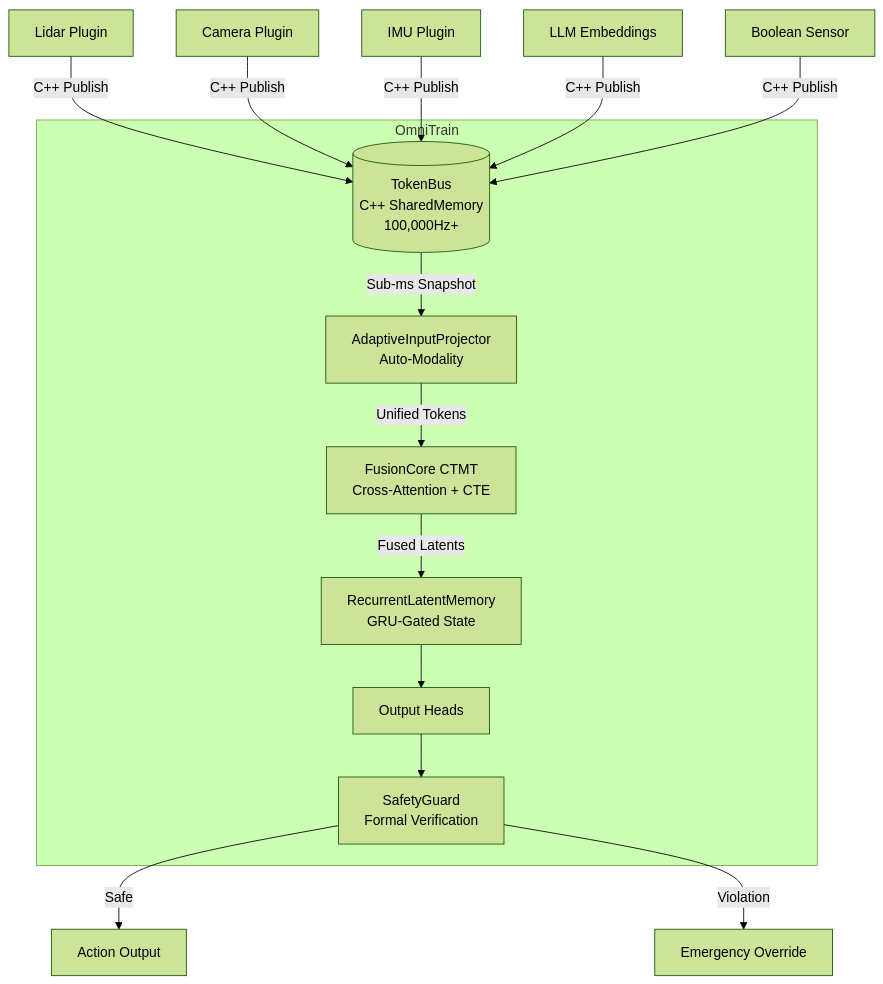
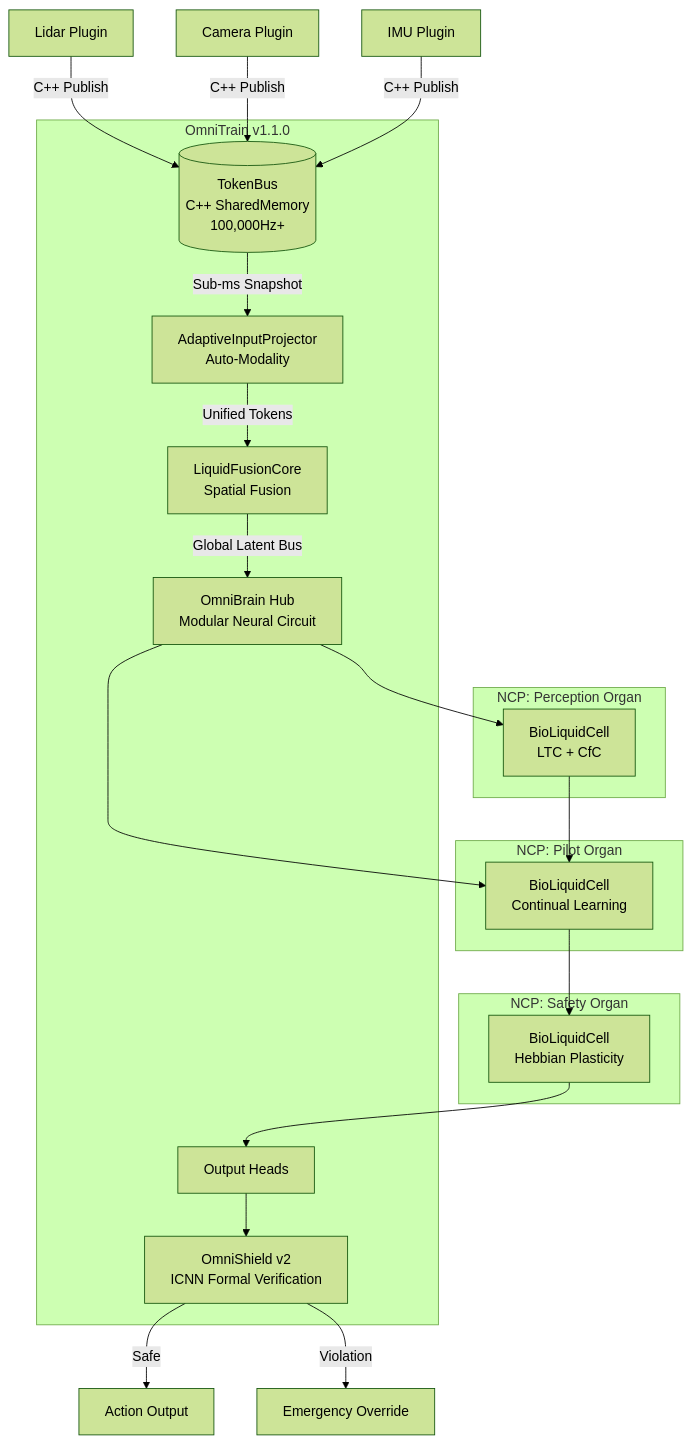
The diagram in docs/DETAILS.md (Mrmyms/Omnitrain), drawn with Mermaid (forest theme) before and after one commit. The commit also changed other lines of this file and 8 other files, not shown here.

First line of the commit message:
feat(core): implement Continuous Temporal Encoding (CTE) and Curriculum Scheduler

````diff
--- a/docs/DETAILS.md
+++ b/docs/DETAILS.md
@@ -11,26 +12,43 @@
 ```mermaid
 graph TD
     S1[ Lidar Plugin] -->|C++ Publish| TB[(TokenBus<br>C++ SharedMemory<br>100,000Hz+)]
     S2[ Camera Plugin] -->|C++ Publish| TB
     S3[ IMU Plugin] -->|C++ Publish| TB
-    S4[ LLM Embeddings] -->|C++ Publish| TB
-    S5[ Boolean Sensor] -->|C++ Publish| TB
 
     TB -->|Sub-ms Snapshot| AIP[AdaptiveInputProjector<br>Auto-Modality]
-    AIP -->|Unified Tokens| FC[FusionCore CTMT<br>Cross-Attention + CTE]
-    FC -->|Fused Latents| RLM[RecurrentLatentMemory<br>GRU-Gated State]
-    RLM --> OH[Output Heads]
-    OH --> SG[SafetyGuard<br>Formal Verification]
+    AIP -->|Unified Tokens| FC[LiquidFusionCore<br>Spatial Fusion]
+    
+    FC -->|Global Latent Bus| OBH[OmniBrain Hub<br>Modular Neural Circuit]
+    
+    subgraph "NCP: Perception Organ"
+        P1[BioLiquidCell<br>LTC + CfC]
+    end
+    
+    subgraph "NCP: Pilot Organ"
+        P2[BioLiquidCell<br>Continual Learning]
+    end
+    
+    subgraph "NCP: Safety Organ"
+        P3[BioLiquidCell<br>Hebbian Plasticity]
+    end
+    
+    OBH --> P1
+    OBH --> P2
+    P1 --> P2
+    P2 --> P3
+    
+    P3 --> OH[Output Heads]
+    OH --> SG[OmniShield v2<br>ICNN Formal Verification]
     
     SG -->|Safe| ACT[Action Output]
     SG -->|Violation| EMR[Emergency Override]
     
-    subgraph "OmniTrain"
+    subgraph "OmniTrain v1.1.0"
         TB
         AIP
         FC
-        RLM
+        OBH
         OH
         SG
     end
 ```
````
